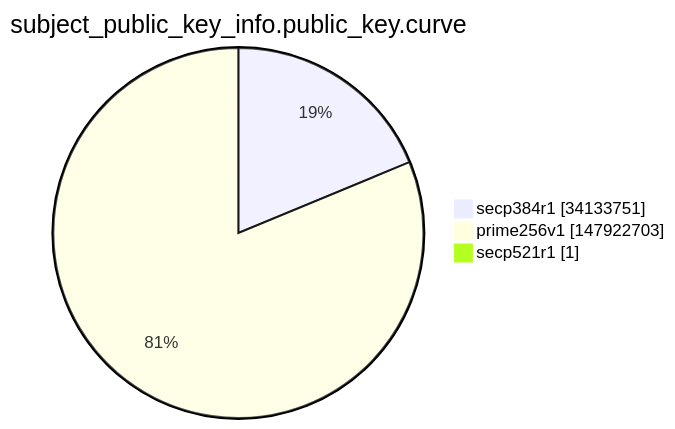
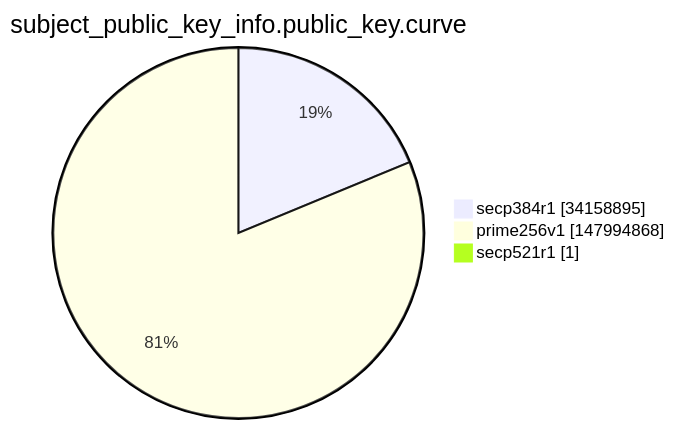
Before and after one commit to christiankrug/ctmonitor_visualization: the ninth of 15 diagrams in argon2022/README.md, drawn with Mermaid. The commit also changed other lines of this file, not shown here.

````diff
--- a/argon2022/README.md
+++ b/argon2022/README.md
@@ -2764,7 +2764,7 @@
 ```mermaid
 pie showData
 title subject_public_key_info.public_key.curve
-"secp384r1" :34133751
-"prime256v1" :147922703
+"secp384r1" :34158895
+"prime256v1" :147994868
 "secp521r1" :1
 ```
````
